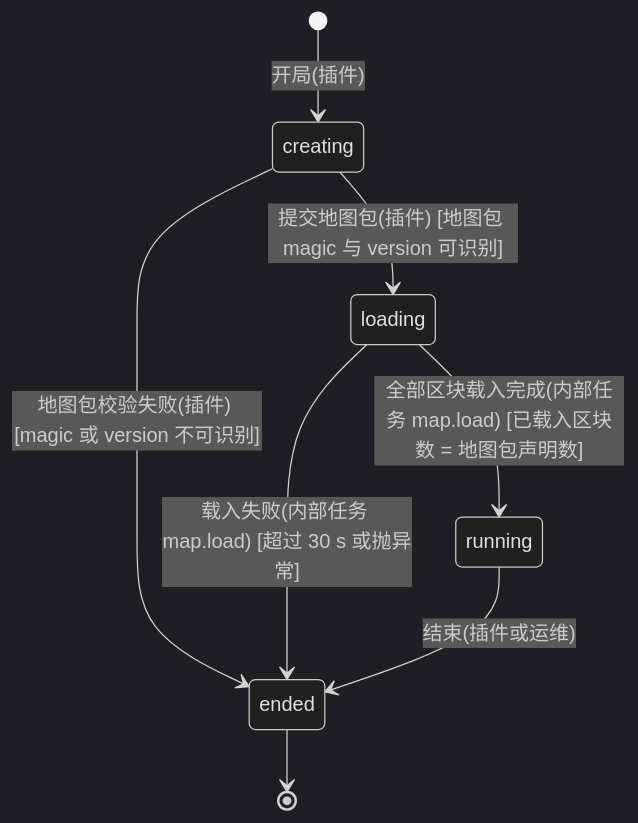
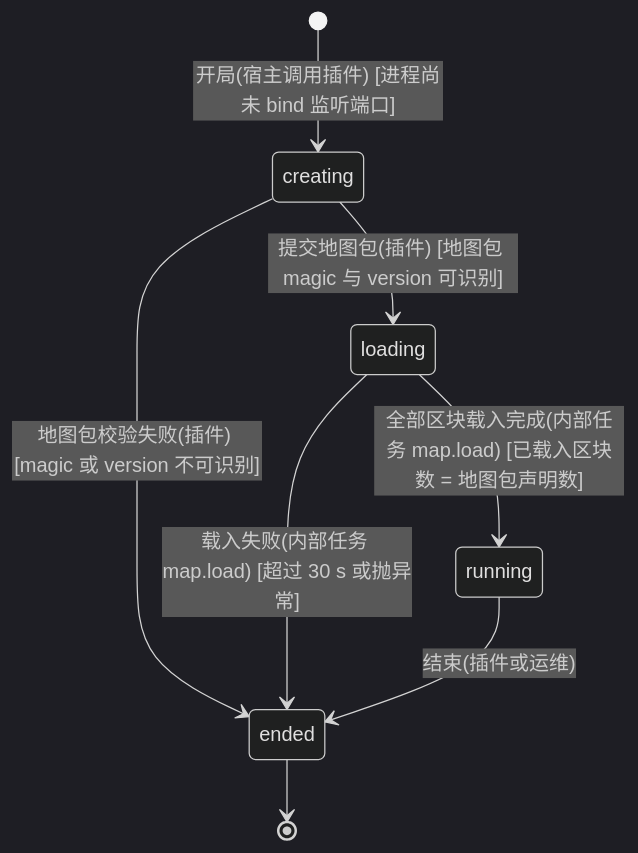
One commit to Bearisbug/synaxis changed the fifth of 9 diagrams in docs/DESIGN-M2.md. Above: the diagram before and after it, drawn with Mermaid (dark theme). The commit also changed other lines of this file and 2 other files, not shown here.

````diff
--- a/docs/DESIGN-M2.md
+++ b/docs/DESIGN-M2.md
@@ -432,10 +454,10 @@
 ```mermaid
 stateDiagram-v2
-  [*] --> creating : 开局(插件)
+  [*] --> creating : 开局(宿主调用插件) [进程尚未 bind 监听端口]
   creating --> loading : 提交地图包(插件) [地图包 magic 与 version 可识别]
   creating --> ended : 地图包校验失败(插件) [magic 或 version 不可识别]
   loading --> running : 全部区块载入完成(内部任务 map.load) [已载入区块数 = 地图包声明数]
   loading --> ended : 载入失败(内部任务 map.load) [超过 30 s 或抛异常]
   running --> ended : 结束(插件或运维)
   ended --> [*]
 ```
````
